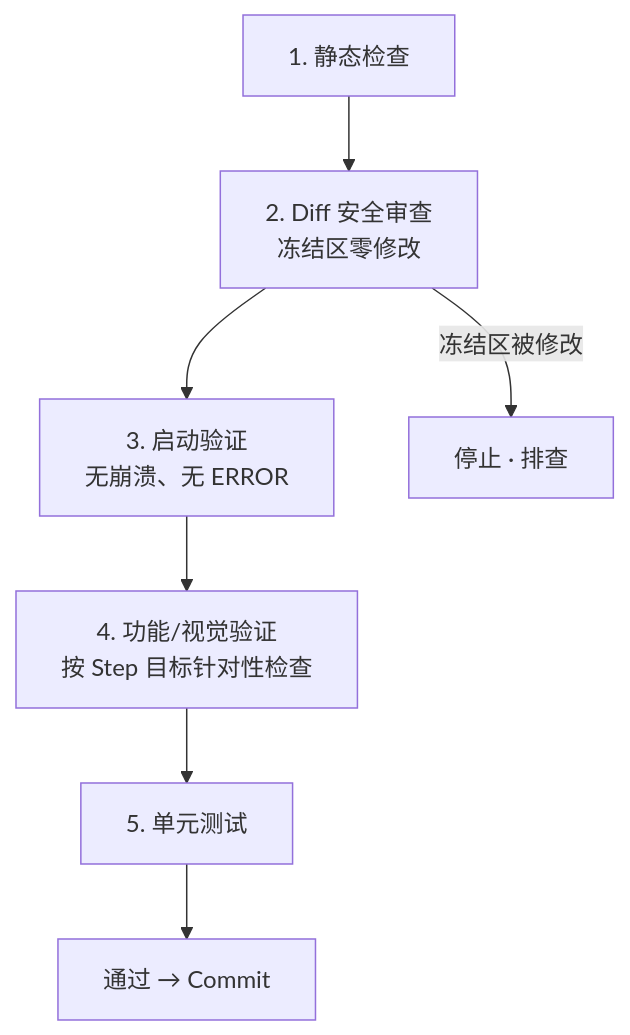
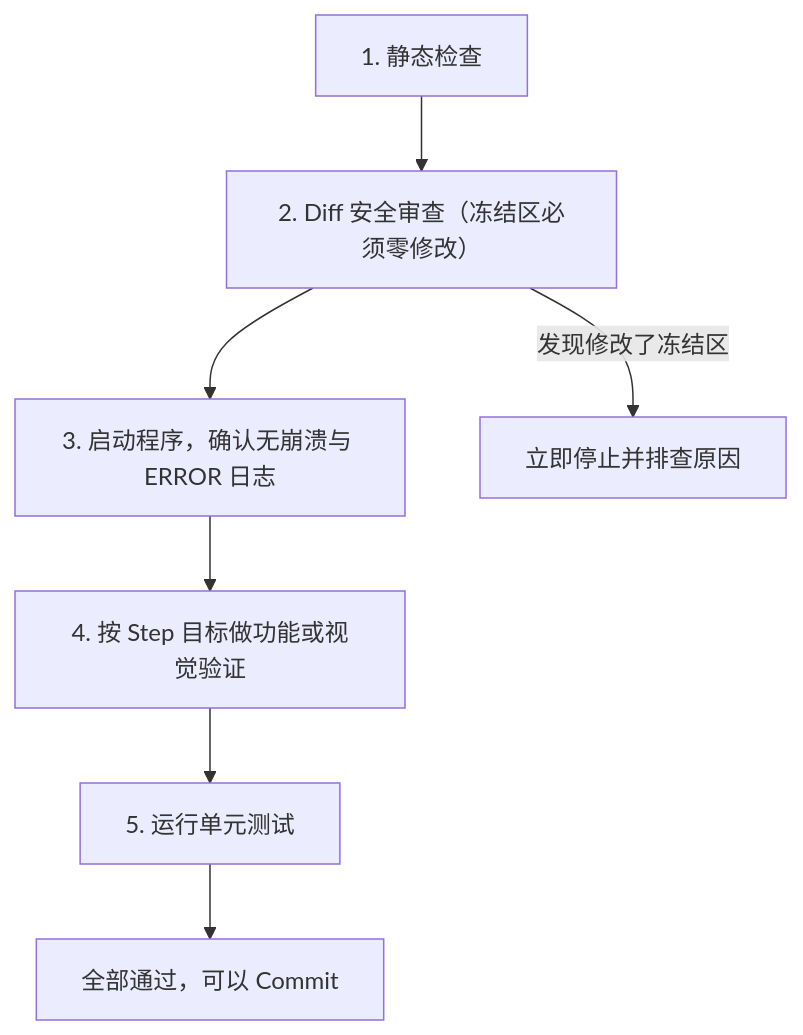
One commit to RyanXu-pop/robotPannel changed the diagram in workflow/05_verify_and_commit.md. Above: the diagram before and after it, drawn with Mermaid. The commit also changed 6 other files, not shown here.

First line of the commit message:
fix(docs): fix Mermaid syntax and normalize table formatting

````diff
--- a/workflow/05_verify_and_commit.md
+++ b/workflow/05_verify_and_commit.md
@@ -9,9 +9,9 @@
 ```mermaid
 flowchart TD
     S1["1. 静态检查"] --> S2
-    S2["2. Diff 安全审查<br/>冻结区零修改"] --> S3
-    S3["3. 启动验证<br/>无崩溃、无 ERROR"] --> S4
-    S4["4. 功能/视觉验证<br/>按 Step 目标针对性检查"] --> S5
-    S5["5. 单元测试"] --> OK["通过 → Commit"]
-    S2 -->|"冻结区被修改"| STOP["停止 · 排查"]
+    S2["2. Diff 安全审查（冻结区必须零修改）"] --> S3
+    S3["3. 启动程序，确认无崩溃与 ERROR 日志"] --> S4
+    S4["4. 按 Step 目标做功能或视觉验证"] --> S5
+    S5["5. 运行单元测试"] --> OK["全部通过，可以 Commit"]
+    S2 -->|发现修改了冻结区| STOP["立即停止并排查原因"]
 ```
````
